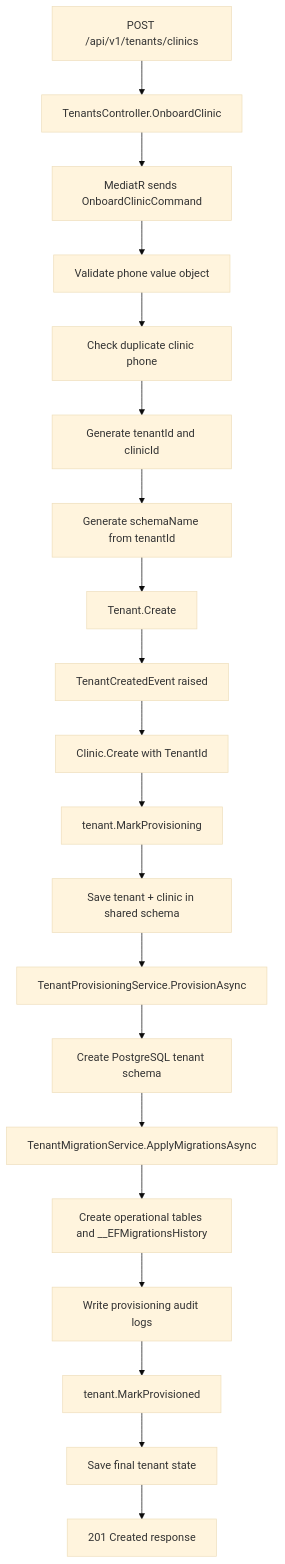
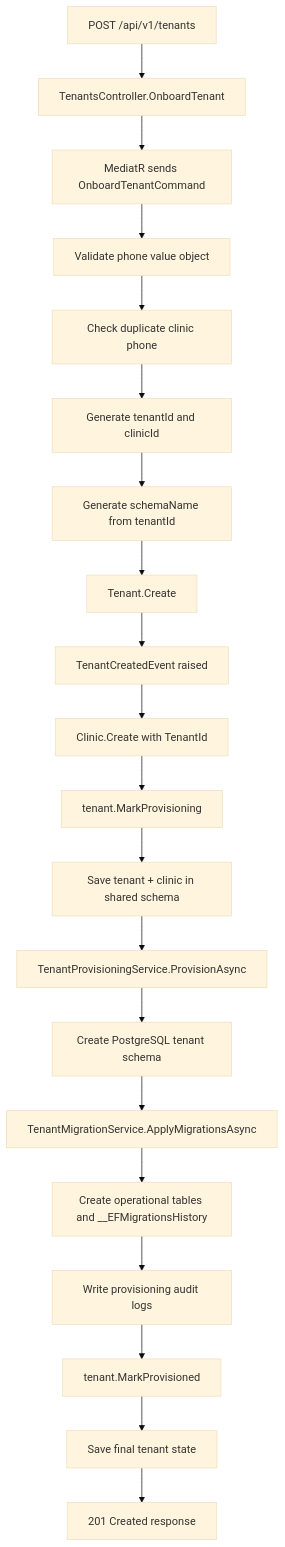
The first of 3 diagrams in learning-journey/003-tenant-provisioning/feature-flow.md (Bishoy-Mmb/CliniKey), drawn with Mermaid (base theme) before and after one commit. The commit also changed other lines of this file and 43 other files, not shown here.

Commit message:
Rename tenant management API surface

````diff
--- a/learning-journey/003-tenant-provisioning/feature-flow.md
+++ b/learning-journey/003-tenant-provisioning/feature-flow.md
@@ -13,22 +13,22 @@
 ```mermaid
 flowchart TD
-    A["POST /api/v1/tenants/clinics"] --> B["TenantsController.OnboardClinic"]
-    B --> C["MediatR sends OnboardClinicCommand"]
+    A["POST /api/v1/tenants"] --> B["TenantsController.OnboardTenant"]
+    B --> C["MediatR sends OnboardTenantCommand"]
     C --> D["Validate phone value object"]
     D --> E["Check duplicate clinic phone"]
     E --> F["Generate tenantId and clinicId"]
     F --> G["Generate schemaName from tenantId"]
     G --> H["Tenant.Create"]
     H --> I["TenantCreatedEvent raised"]
     I --> J["Clinic.Create with TenantId"]
     J --> K["tenant.MarkProvisioning"]
     K --> L["Save tenant + clinic in shared schema"]
     L --> M["TenantProvisioningService.ProvisionAsync"]
     M --> N["Create PostgreSQL tenant schema"]
     N --> O["TenantMigrationService.ApplyMigrationsAsync"]
     O --> P["Create operational tables and __EFMigrationsHistory"]
     P --> Q["Write provisioning audit logs"]
     Q --> R["tenant.MarkProvisioned"]
     R --> S["Save final tenant state"]
     S --> T["201 Created response"]
 ```
````
